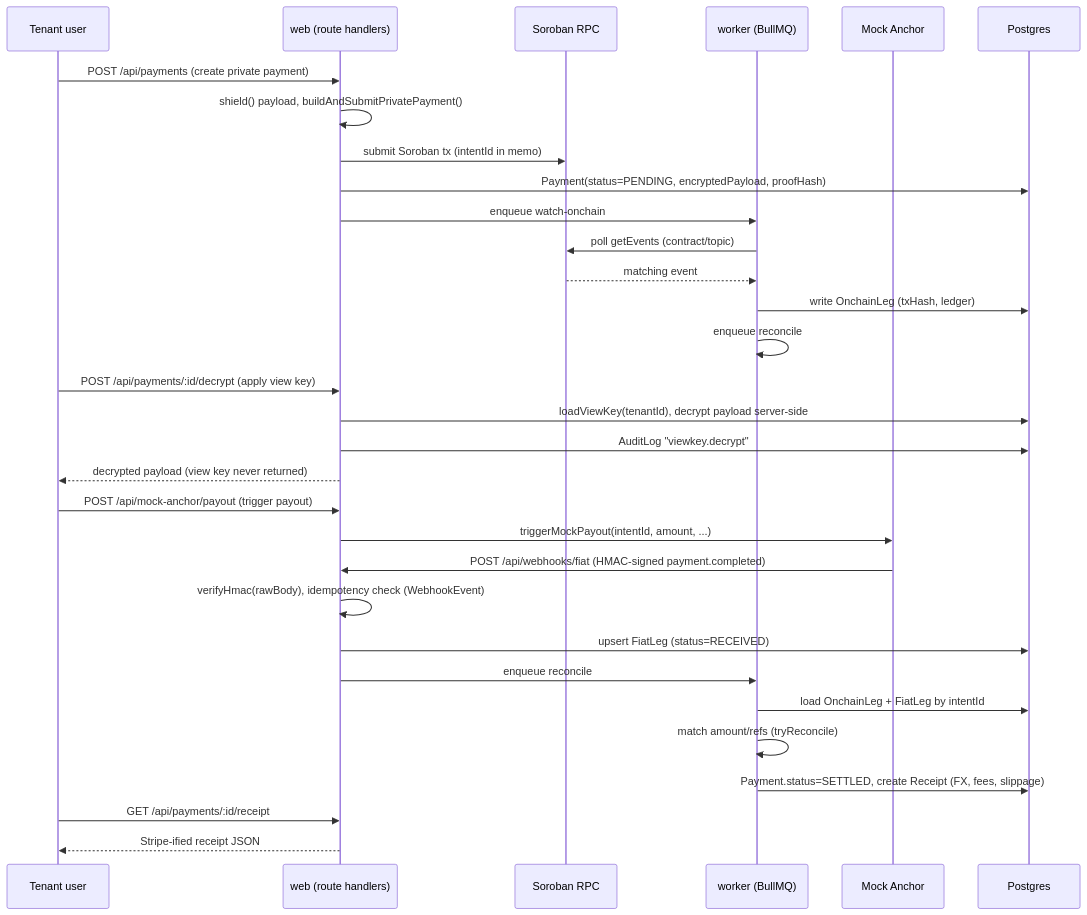
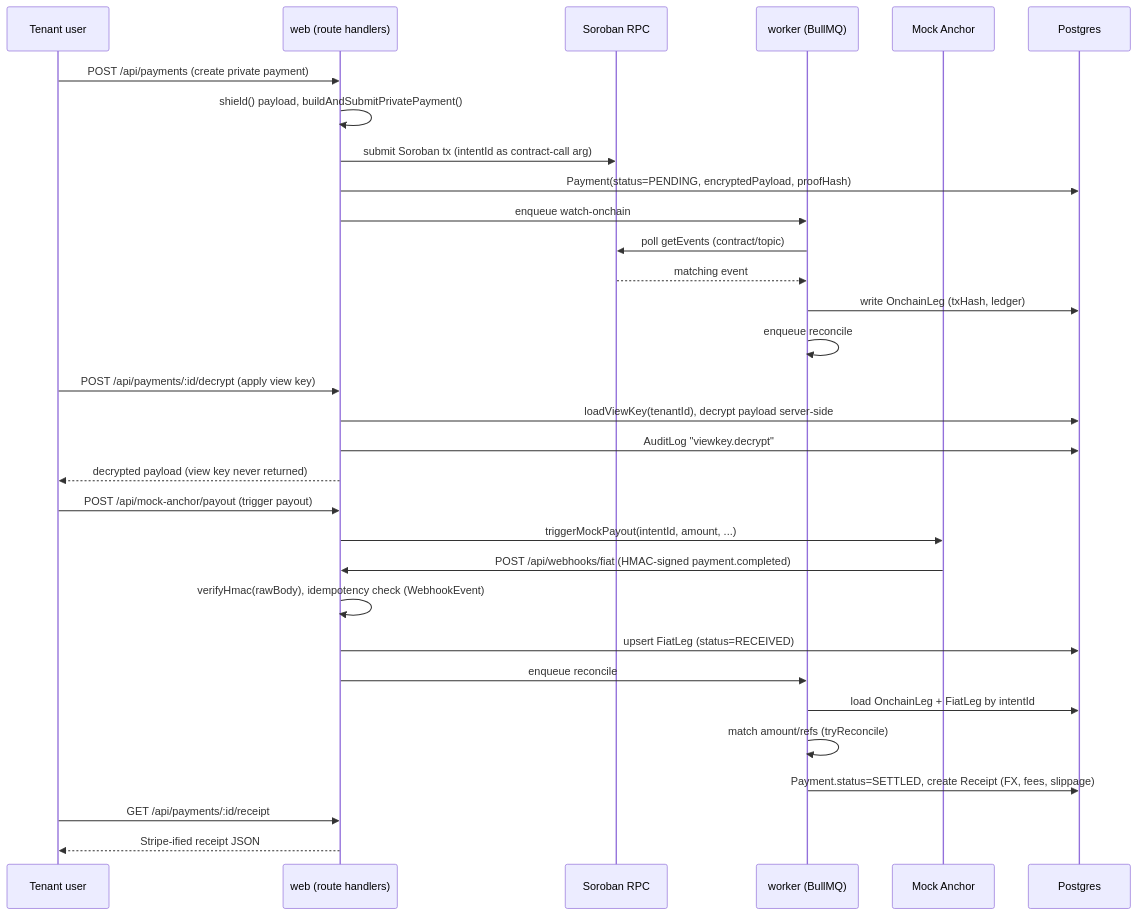
Before and after one commit to huntersam1/trexure: the third of 4 diagrams in README.md, drawn with Mermaid. The commit also changed 5 other files, not shown here.

First line of the commit message:
fix(stellar): stop attaching a classic memo to the Soroban submission

````diff
--- a/README.md
+++ b/README.md
@@ -151,39 +151,39 @@
 ```mermaid
 sequenceDiagram
     participant U as Tenant user
     participant Web as web (route handlers)
     participant Stellar as Soroban RPC
     participant Worker as worker (BullMQ)
     participant Mock as Mock Anchor
     participant DB as Postgres
 
     U->>Web: POST /api/payments (create private payment)
     Web->>Web: shield() payload, buildAndSubmitPrivatePayment()
-    Web->>Stellar: submit Soroban tx (intentId in memo)
+    Web->>Stellar: submit Soroban tx (intentId as contract-call arg)
     Web->>DB: Payment(status=PENDING, encryptedPayload, proofHash)
     Web->>Worker: enqueue watch-onchain
 
     Worker->>Stellar: poll getEvents (contract/topic)
     Stellar-->>Worker: matching event
     Worker->>DB: write OnchainLeg (txHash, ledger)
     Worker->>Worker: enqueue reconcile
 
     U->>Web: POST /api/payments/:id/decrypt (apply view key)
     Web->>DB: loadViewKey(tenantId), decrypt payload server-side
     Web->>DB: AuditLog "viewkey.decrypt"
     Web-->>U: decrypted payload (view key never returned)
 
     U->>Web: POST /api/mock-anchor/payout (trigger payout)
     Web->>Mock: triggerMockPayout(intentId, amount, ...)
     Mock->>Web: POST /api/webhooks/fiat (HMAC-signed payment.completed)
     Web->>Web: verifyHmac(rawBody), idempotency check (WebhookEvent)
     Web->>DB: upsert FiatLeg (status=RECEIVED)
     Web->>Worker: enqueue reconcile
 
     Worker->>DB: load OnchainLeg + FiatLeg by intentId
     Worker->>Worker: match amount/refs (tryReconcile)
     Worker->>DB: Payment.status=SETTLED, create Receipt (FX, fees, slippage)
 
     U->>Web: GET /api/payments/:id/receipt
     Web-->>U: Stripe-ified receipt JSON
 ```
````
